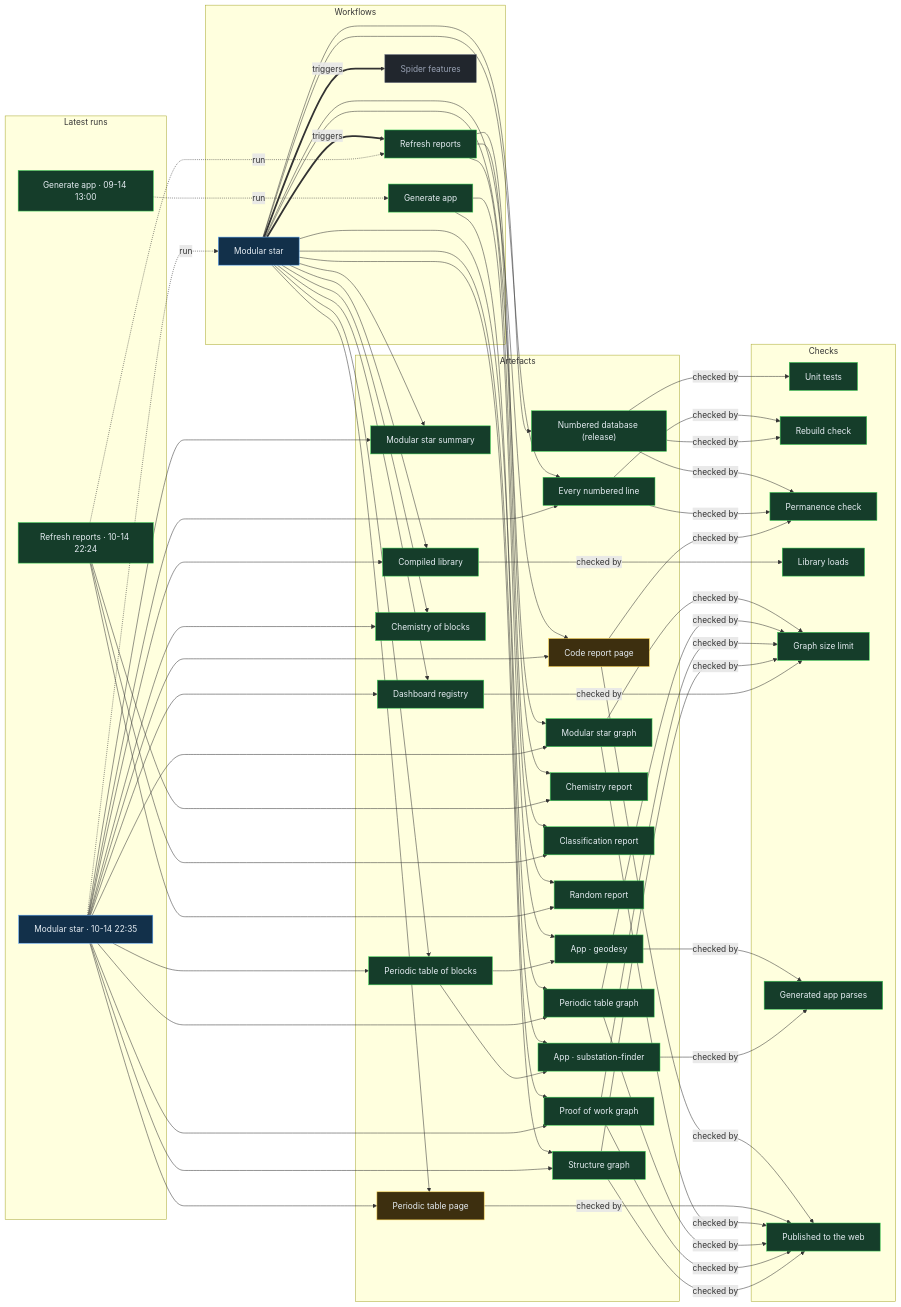
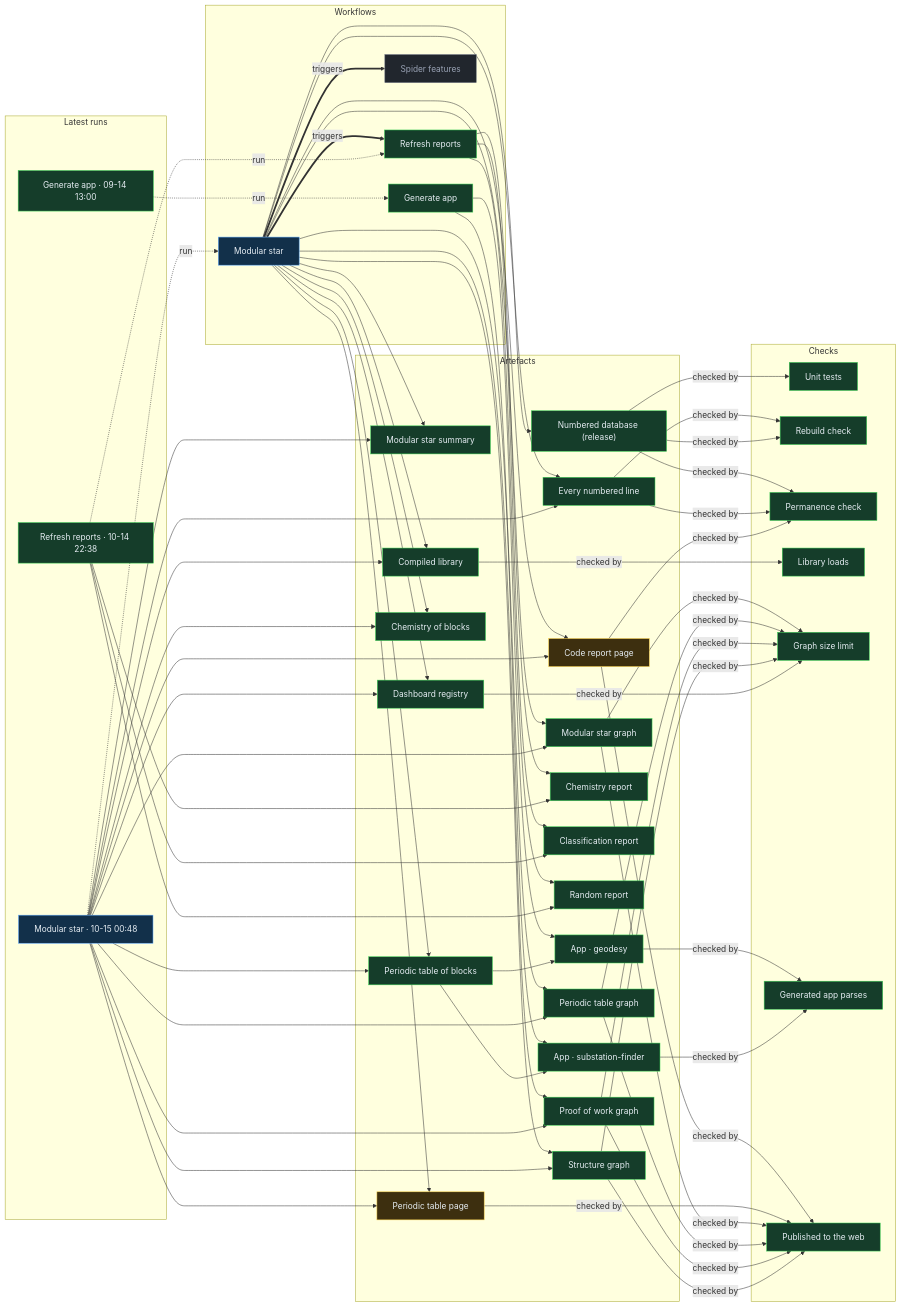
The diagram in proof/PROOF.md (Ventusltd/stars), drawn with Mermaid before and after one commit. The commit also changed other lines of this file and 33 other files, not shown here.

Commit message:
Modular star 2026-10-15T00:52Z

```diff
--- a/proof/PROOF.md
+++ b/proof/PROOF.md
@@ -24,8 +24,8 @@
   n_wf_spider_features["Spider features"]:::off
   end
   subgraph g_runs["Latest runs"]
-  n_run_38648662611["Modular star · 10-14 22:35"]:::live
-  n_run_38647445667["Refresh reports · 10-14 22:24"]:::ok
+  n_run_38662147997["Modular star · 10-15 00:48"]:::live
+  n_run_38648968604["Refresh reports · 10-14 22:38"]:::ok
   n_run_34846587798["Generate app · 09-14 13:00"]:::ok
   end
   subgraph g_artefacts["Artefacts"]
@@ -59,39 +59,39 @@
   end
   n_wf_modular_star == triggers ==> n_wf_refresh
   n_wf_modular_star == triggers ==> n_wf_spider_features
-  n_run_38648662611 -. run .-> n_wf_modular_star
-  n_run_38647445667 -. run .-> n_wf_refresh
+  n_run_38662147997 -. run .-> n_wf_modular_star
+  n_run_38648968604 -. run .-> n_wf_refresh
   n_run_34846587798 -. run .-> n_wf_generate
   n_wf_modular_star --> n_art_summary
-  n_run_38648662611 --> n_art_summary
+  n_run_38662147997 --> n_art_summary
   n_wf_modular_star --> n_art_lines
-  n_run_38648662611 --> n_art_lines
+  n_run_38662147997 --> n_art_lines
   n_wf_modular_star --> n_art_code
-  n_run_38648662611 --> n_art_code
+  n_run_38662147997 --> n_art_code
   n_wf_modular_star --> n_art_modular_graph
-  n_run_38648662611 --> n_art_modular_graph
+  n_run_38662147997 --> n_art_modular_graph
   n_wf_modular_star --> n_art_blocks
-  n_run_38648662611 --> n_art_blocks
+  n_run_38662147997 --> n_art_blocks
   n_wf_modular_star --> n_art_table
-  n_run_38648662611 --> n_art_table
+  n_run_38662147997 --> n_art_table
   n_wf_modular_star --> n_art_blocks_graph
-  n_run_38648662611 --> n_art_blocks_graph
+  n_run_38662147997 --> n_art_blocks_graph
   n_wf_modular_star --> n_art_reactions
-  n_run_38648662611 --> n_art_reactions
+  n_run_38662147997 --> n_art_reactions
   n_wf_modular_star --> n_art_library
-  n_run_38648662611 --> n_art_library
+  n_run_38662147997 --> n_art_library
   n_wf_modular_star --> n_art_features
-  n_run_38648662611 --> n_art_features
+  n_run_38662147997 --> n_art_features
   n_wf_modular_star --> n_art_proof
-  n_run_38648662611 --> n_art_proof
+  n_run_38662147997 --> n_art_proof
   n_wf_modular_star --> n_art_structure
-  n_run_38648662611 --> n_art_structure
+  n_run_38662147997 --> n_art_structure
   n_wf_refresh --> n_art_chemistry
-  n_run_38647445667 --> n_art_chemistry
+  n_run_38648968604 --> n_art_chemistry
   n_wf_refresh --> n_art_vedic
-  n_run_38647445667 --> n_art_vedic
+  n_run_38648968604 --> n_art_vedic
   n_wf_refresh --> n_art_random
-  n_run_38647445667 --> n_art_random
+  n_run_38648968604 --> n_art_random
   n_wf_modular_star --> n_art_release
   n_wf_generate --> n_app_geodesy
   n_art_blocks --> n_app_geodesy
```
